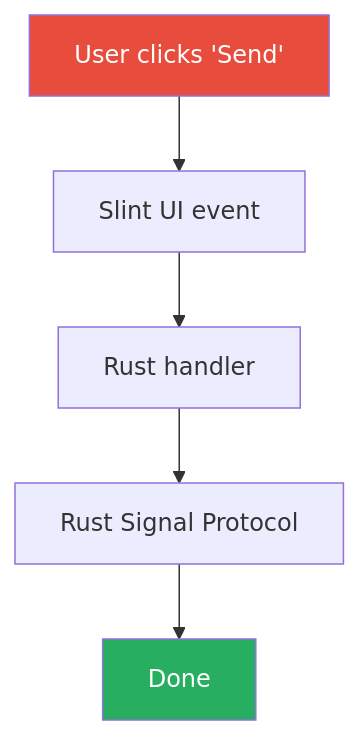
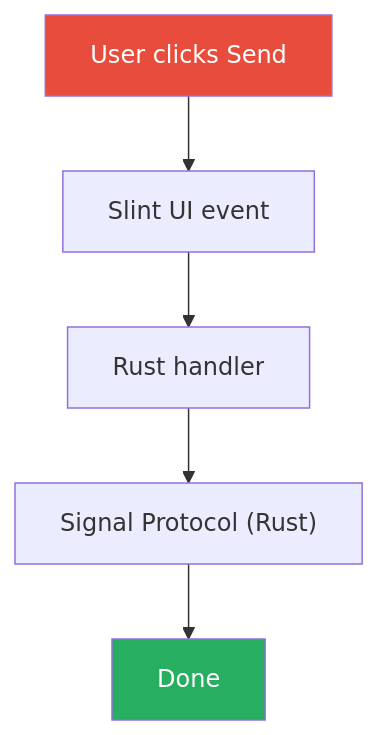
The second of 2 diagrams in src/content/blog/from-react-to-rust-native-journey.md (xander1421/own-cv-blog-site), drawn with Mermaid before and after one commit. The commit also changed other lines of this file and 4 other files, not shown here.

````diff
--- a/src/content/blog/from-react-to-rust-native-journey.md
+++ b/src/content/blog/from-react-to-rust-native-journey.md
@@ -197,10 +134,10 @@
 ```mermaid
 flowchart TD
-    A["User clicks 'Send'"] --> B["Slint UI event"]
+    A["User clicks Send"] --> B["Slint UI event"]
     B --> C["Rust handler"]
-    C --> D["Rust Signal Protocol"]
+    C --> D["Signal Protocol (Rust)"]
     D --> E["Done"]
 
     style A fill:#e74c3c,color:#fff
     style E fill:#27ae60,color:#fff
 ```
````
